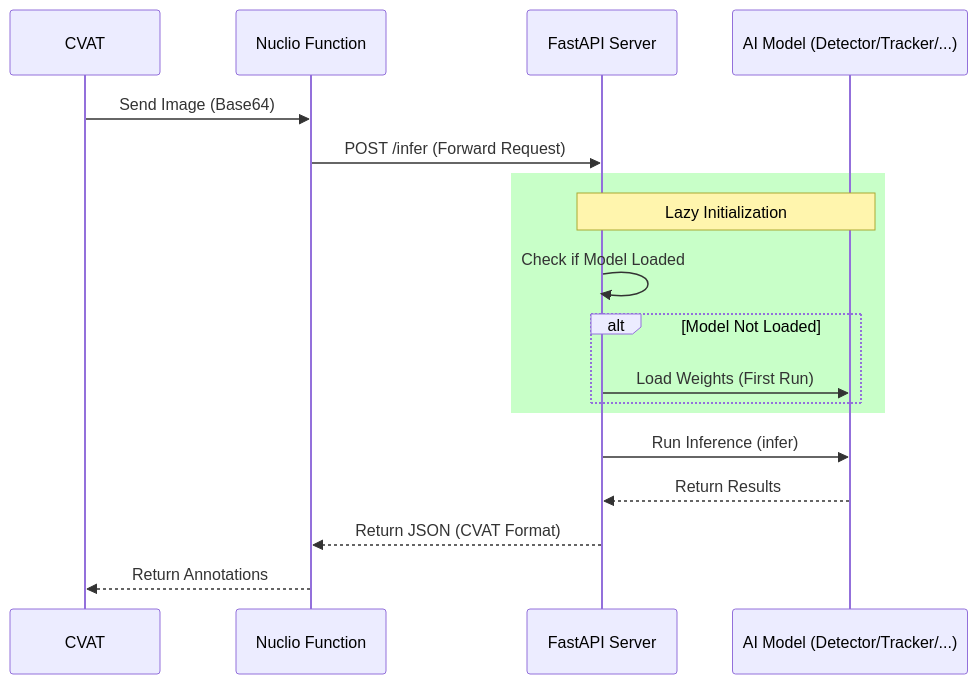
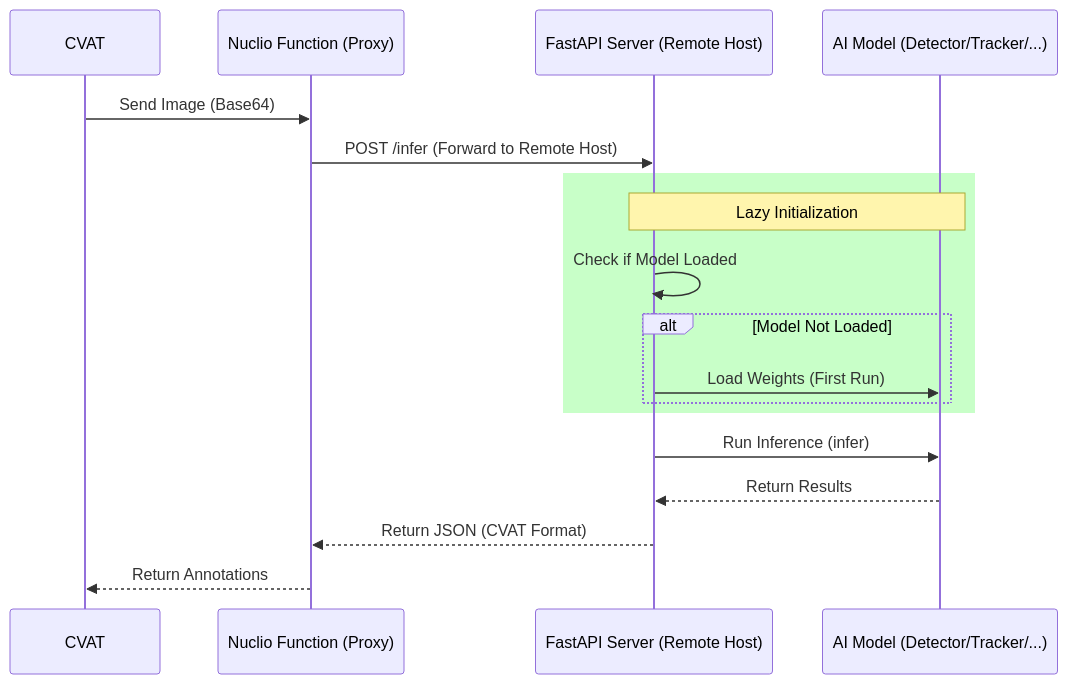
One commit to yusfcicek/cvat-remote-inference-server changed the second of 2 diagrams in README.md. Above: the diagram before and after it, drawn with Mermaid. The commit also changed other lines of this file, not shown here.

Commit message:
docs: Rename project to 'CVAT Remote Model Orchestrator', clarify its remote host purpose, add a direct remote connection feature, and update request flow to reflect remote inference server architecture.

````diff
--- a/README.md
+++ b/README.md
@@ -36,23 +37,23 @@
 ```mermaid
 sequenceDiagram
     participant CVAT
-    participant Nuclio as Nuclio Function
-    participant API as FastAPI Server
+    participant Nuclio as Nuclio Function (Proxy)
+    participant API as FastAPI Server (Remote Host)
     participant Model as AI Model (Detector/Tracker/...)
 
     CVAT->>Nuclio: Send Image (Base64)
-    Nuclio->>API: POST /infer (Forward Request)
+    Nuclio->>API: POST /infer (Forward to Remote Host)
     
     rect rgb(200, 255, 200)
     Note over API, Model: Lazy Initialization
     API->>API: Check if Model Loaded
     alt Model Not Loaded
         API->>Model: Load Weights (First Run)
     end
     end
 
     API->>Model: Run Inference (infer)
     Model-->>API: Return Results
     API-->>Nuclio: Return JSON (CVAT Format)
     Nuclio-->>CVAT: Return Annotations
 ```
````
